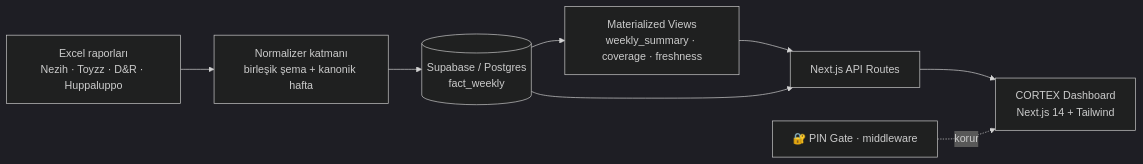
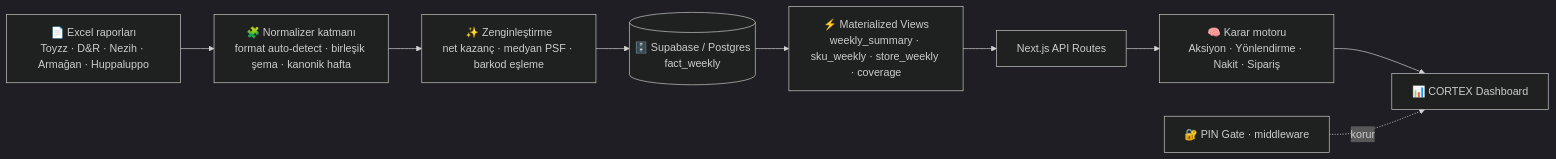
One commit to mertDonmezler/cortex-retail-intelligence changed the diagram in README.md. Above: the diagram before and after it, drawn with Mermaid (dark theme). The commit also changed other lines of this file and 2 other files, not shown here.

````diff
--- a/README.md
+++ b/README.md
@@ -48,10 +55,11 @@
 ```mermaid
 flowchart LR
-  X["Excel raporları<br/>Nezih · Toyzz · D&R · Huppaluppo"] --> N["Normalizer katmanı<br/>birleşik şema + kanonik hafta"]
-  N --> DB[("Supabase / Postgres<br/>fact_weekly")]
-  DB --> MV["Materialized Views<br/>weekly_summary · coverage · freshness"]
+  X["📄 Excel raporları<br/>Toyzz · D&R · Nezih · Armağan · Huppaluppo"] --> N["🧩 Normalizer katmanı<br/>format auto-detect · birleşik şema · kanonik hafta"]
+  N --> E["✨ Zenginleştirme<br/>net kazanç · medyan PSF · barkod eşleme"]
+  E --> DB[("🗄️ Supabase / Postgres<br/>fact_weekly")]
+  DB --> MV["⚡ Materialized Views<br/>weekly_summary · sku_weekly · store_weekly · coverage"]
   MV --> API["Next.js API Routes"]
-  DB --> API
-  API --> UI["CORTEX Dashboard<br/>Next.js 14 + Tailwind"]
+  API --> DEC["🧠 Karar motoru<br/>Aksiyon · Yönlendirme · Nakit · Sipariş"]
+  DEC --> UI["📊 CORTEX Dashboard"]
   G["🔐 PIN Gate · middleware"] -. korur .-> UI
 ```
````
